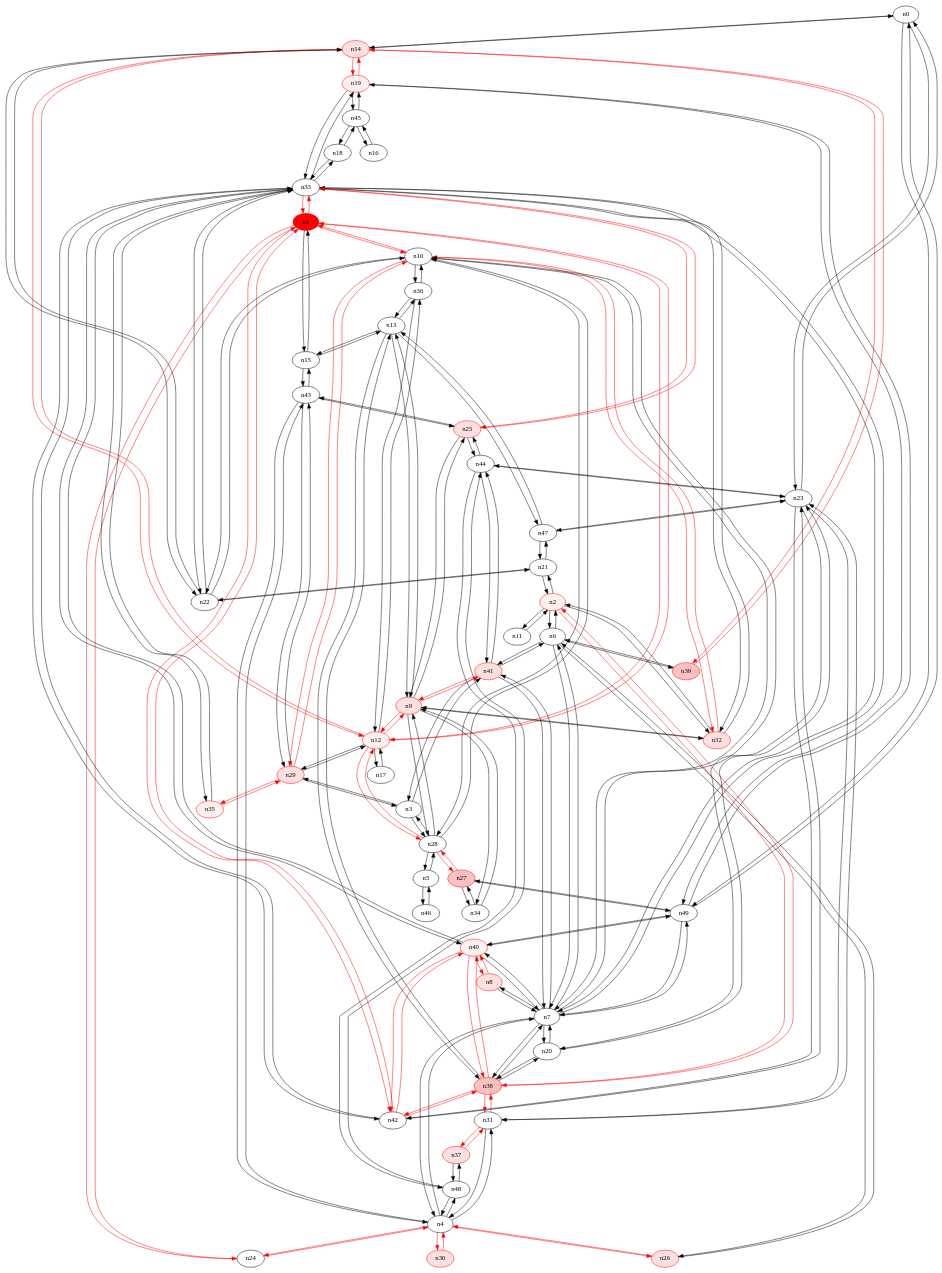
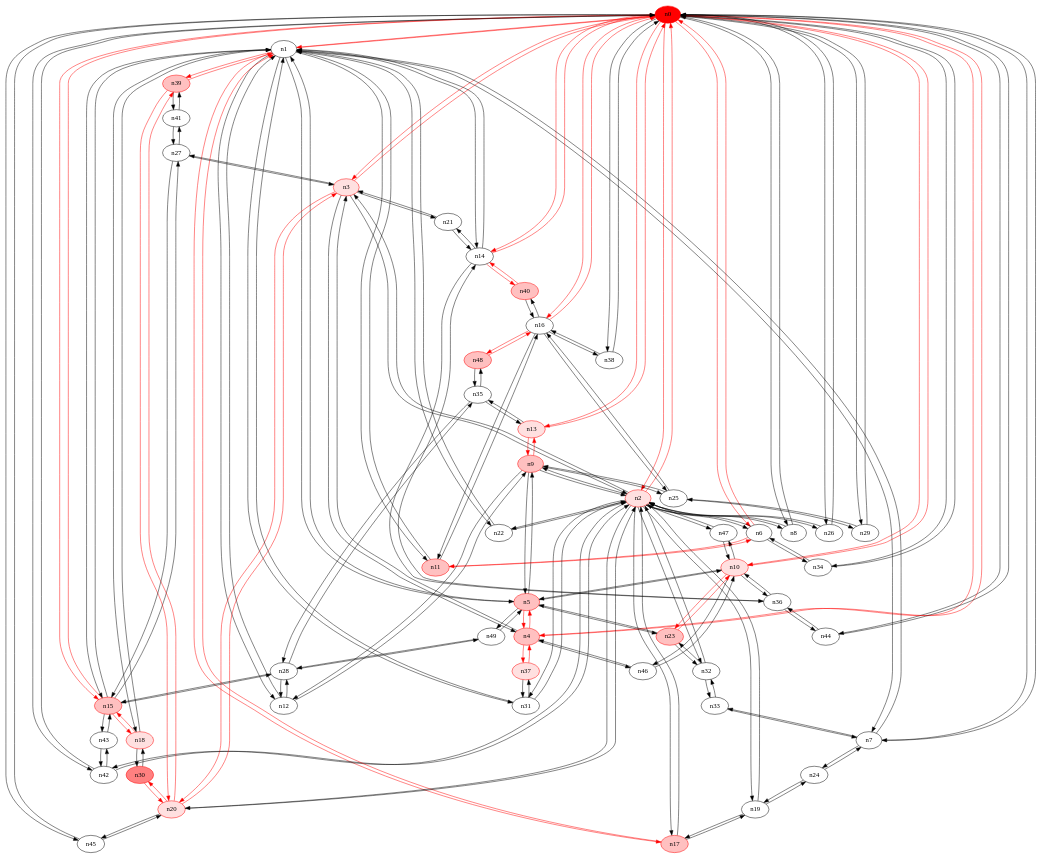
Before and after one commit to ireallyhopeirememberthis/yates_rrt: the diagram in 50_35/15-rrt1.dot, drawn with Graphviz. The commit also changed 7464 other files, not shown here.

```diff
--- a/50_35/15-rrt1.dot
+++ b/50_35/15-rrt1.dot
@@ -1,252 +1,244 @@
 strict digraph {
-n0 [type=switch];
-n14 [type=switch, color="#FF0000", style=filled, fillcolor="#FFE0E0"];
-n23 [type=switch];
+n0 [type=switch, color="#FF0000", style=filled, fillcolor="#FF0000"];
+n1 [type=switch];
+n2 [type=host, color="#FF0000", style=filled, fillcolor="#FFE0E0"];
+n3 [type=host, color="#FF0000", style=filled, fillcolor="#FFE0E0"];
+n4 [type=host, color="#FF0000", style=filled, fillcolor="#FFC0C0"];
+n6 [type=switch];
+n7 [type=switch];
+n8 [type=switch];
+n10 [type=host, color="#FF0000", style=filled, fillcolor="#FFE0E0"];
+n13 [type=host, color="#FF0000", style=filled, fillcolor="#FFE0E0"];
+n14 [type=switch];
+n15 [type=host, color="#FF0000", style=filled, fillcolor="#FFC0C0"];
+n16 [type=switch];
+n26 [type=switch];
+n29 [type=switch];
+n34 [type=switch];
+n38 [type=switch];
+n42 [type=switch];
+n44 [type=switch];
+n45 [type=switch];
+n5 [type=host, color="#FF0000", style=filled, fillcolor="#FFC0C0"];
+n11 [type=host, color="#FF0000", style=filled, fillcolor="#FFC0C0"];
+n12 [type=switch];
+n17 [type=host, color="#FF0000", style=filled, fillcolor="#FFC0C0"];
+n18 [type=host, color="#FF0000", style=filled, fillcolor="#FFE0E0"];
+n22 [type=switch];
+n31 [type=switch];
+n39 [type=switch, color="#FF0000", style=filled, fillcolor="#FFC0C0"];
+n9 [type=host, color="#FF0000", style=filled, fillcolor="#FFC0C0"];
+n19 [type=switch];
+n20 [type=host, color="#FF0000", style=filled, fillcolor="#FFE0E0"];
+n32 [type=switch];
+n47 [type=switch];
+n21 [type=switch];
+n27 [type=switch];
+n37 [type=host, color="#FF0000", style=filled, fillcolor="#FFE0E0"];
+n46 [type=switch];
+n23 [type=host, color="#FF0000", style=filled, fillcolor="#FFC0C0"];
 n49 [type=switch];
-n1 [type=switch, color="#FF0000", style=filled, fillcolor="#FF0000"];
-n10 [type=switch];
-n12 [type=host, color="#FF0000", style=filled, fillcolor="#FFF0F0"];
-n15 [type=switch];
 n24 [type=switch];
 n33 [type=switch];
-n42 [type=switch];
-n2 [type=host, color="#FF0000", style=filled, fillcolor="#FFF0F0"];
-n6 [type=switch];
-n11 [type=switch];
-n21 [type=switch];
-n32 [type=host, color="#FF0000", style=filled, fillcolor="#FFE0E0"];
-n38 [type=host, color="#FF0000", style=filled, fillcolor="#FFC0C0"];
-n3 [type=switch];
+n25 [type=switch];
+n36 [type=switch];
 n28 [type=switch];
-n29 [type=host, color="#FF0000", style=filled, fillcolor="#FFE0E0"];
-n41 [type=host, color="#FF0000", style=filled, fillcolor="#FFE0E0"];
-n4 [type=switch];
-n7 [type=switch];
-n26 [type=host, color="#FF0000", style=filled, fillcolor="#FFE0E0"];
-n30 [type=host, color="#FF0000", style=filled, fillcolor="#FFE0E0"];
-n31 [type=switch];
+n35 [type=switch];
+n40 [type=host, color="#FF0000", style=filled, fillcolor="#FFC0C0"];
 n43 [type=switch];
-n48 [type=switch];
-n5 [type=switch];
-n46 [type=switch];
-n39 [type=host, color="#FF0000", style=filled, fillcolor="#FFC0C0"];
-n8 [type=host, color="#FF0000", style=filled, fillcolor="#FFE0E0"];
-n20 [type=switch];
-n40 [type=host, color="#FF0000", style=filled, fillcolor="#FFF0F0"];
-n9 [type=host, color="#FF0000", style=filled, fillcolor="#FFE0E0"];
-n13 [type=switch];
-n25 [type=host, color="#FF0000", style=filled, fillcolor="#FFE0E0"];
-n34 [type=switch];
-n22 [type=switch];
-n36 [type=switch];
-n17 [type=switch];
-n47 [type=switch];
-n19 [type=host, color="#FF0000", style=filled, fillcolor="#FFF0F0"];
-n16 [type=switch];
-n45 [type=switch];
-n18 [type=switch];
-n44 [type=switch];
-n27 [type=host, color="#FF0000", style=filled, fillcolor="#FFC0C0"];
-n35 [type=host, color="#FF0000", style=filled, fillcolor="#FFF0F0"];
-n37 [type=host, color="#FF0000", style=filled, fillcolor="#FFE0E0"];
-n0 -> n14 [src_port=0, dst_port=0];
-n0 -> n23 [src_port=0, dst_port=0];
-n0 -> n49 [src_port=0, dst_port=0];
-n14 -> n0 [src_port=0, dst_port=0];
-n14 -> n12 [src_port=0, dst_port=0, color="#FF0000"];
-n14 -> n39 [src_port=0, dst_port=0, color="#FF0000"];
-n14 -> n22 [src_port=0, dst_port=0];
-n14 -> n19 [src_port=0, dst_port=0, color="#FF0000"];
-n23 -> n0 [src_port=0, dst_port=0];
-n23 -> n42 [src_port=0, dst_port=0];
-n23 -> n31 [src_port=0, dst_port=0];
-n23 -> n20 [src_port=0, dst_port=0];
-n23 -> n47 [src_port=0, dst_port=0];
-n23 -> n44 [src_port=0, dst_port=0];
-n49 -> n0 [src_port=0, dst_port=0];
-n49 -> n7 [src_port=0, dst_port=0];
-n49 -> n40 [src_port=0, dst_port=0];
-n49 -> n19 [src_port=0, dst_port=0];
-n49 -> n27 [src_port=0, dst_port=0];
-n1 -> n10 [src_port=0, dst_port=0, color="#FF0000"];
-n1 -> n12 [src_port=0, dst_port=0, color="#FF0000"];
+n48 [type=host, color="#FF0000", style=filled, fillcolor="#FFC0C0"];
+n30 [type=host, color="#FF0000", style=filled, fillcolor="#FF8080"];
+n41 [type=switch];
+n0 -> n1 [src_port=0, dst_port=0, color="#FF0000"];
+n0 -> n2 [src_port=0, dst_port=0, color="#FF0000"];
+n0 -> n3 [src_port=0, dst_port=0, color="#FF0000"];
+n0 -> n4 [src_port=0, dst_port=0, color="#FF0000"];
+n0 -> n6 [src_port=0, dst_port=0, color="#FF0000"];
+n0 -> n7 [src_port=0, dst_port=0];
+n0 -> n8 [src_port=0, dst_port=0];
+n0 -> n10 [src_port=0, dst_port=0, color="#FF0000"];
+n0 -> n13 [src_port=0, dst_port=0, color="#FF0000"];
+n0 -> n14 [src_port=0, dst_port=0, color="#FF0000"];
+n0 -> n15 [src_port=0, dst_port=0, color="#FF0000"];
+n0 -> n16 [src_port=0, dst_port=0, color="#FF0000"];
+n0 -> n26 [src_port=0, dst_port=0];
+n0 -> n29 [src_port=0, dst_port=0];
+n0 -> n34 [src_port=0, dst_port=0];
+n0 -> n38 [src_port=0, dst_port=0];
+n0 -> n42 [src_port=0, dst_port=0];
+n0 -> n44 [src_port=0, dst_port=0];
+n0 -> n45 [src_port=0, dst_port=0];
+n1 -> n0 [src_port=0, dst_port=0, color="#FF0000"];
+n1 -> n7 [src_port=0, dst_port=0];
+n1 -> n14 [src_port=0, dst_port=0];
 n1 -> n15 [src_port=0, dst_port=0];
-n1 -> n24 [src_port=0, dst_port=0, color="#FF0000"];
-n1 -> n33 [src_port=0, dst_port=0, color="#FF0000"];
-n1 -> n42 [src_port=0, dst_port=0, color="#FF0000"];
-n10 -> n1 [src_port=0, dst_port=0, color="#FF0000"];
-n10 -> n32 [src_port=0, dst_port=0, color="#FF0000"];
-n10 -> n28 [src_port=0, dst_port=0];
-n10 -> n29 [src_port=0, dst_port=0, color="#FF0000"];
-n10 -> n7 [src_port=0, dst_port=0];
-n10 -> n22 [src_port=0, dst_port=0];
+n1 -> n5 [src_port=0, dst_port=0];
+n1 -> n11 [src_port=0, dst_port=0];
+n1 -> n12 [src_port=0, dst_port=0];
+n1 -> n17 [src_port=0, dst_port=0, color="#FF0000"];
+n1 -> n18 [src_port=0, dst_port=0];
+n1 -> n22 [src_port=0, dst_port=0];
+n1 -> n31 [src_port=0, dst_port=0];
+n1 -> n39 [src_port=0, dst_port=0, color="#FF0000"];
+n2 -> n0 [src_port=0, dst_port=0, color="#FF0000"];
+n2 -> n3 [src_port=0, dst_port=0];
+n2 -> n6 [src_port=0, dst_port=0];
+n2 -> n8 [src_port=0, dst_port=0];
+n2 -> n26 [src_port=0, dst_port=0];
+n2 -> n42 [src_port=0, dst_port=0];
+n2 -> n17 [src_port=0, dst_port=0];
+n2 -> n22 [src_port=0, dst_port=0];
+n2 -> n31 [src_port=0, dst_port=0];
+n2 -> n9 [src_port=0, dst_port=0];
+n2 -> n19 [src_port=0, dst_port=0];
+n2 -> n20 [src_port=0, dst_port=0];
+n2 -> n32 [src_port=0, dst_port=0];
+n2 -> n47 [src_port=0, dst_port=0];
+n3 -> n0 [src_port=0, dst_port=0, color="#FF0000"];
+n3 -> n2 [src_port=0, dst_port=0];
+n3 -> n4 [src_port=0, dst_port=0];
+n3 -> n20 [src_port=0, dst_port=0, color="#FF0000"];
+n3 -> n21 [src_port=0, dst_port=0];
+n3 -> n27 [src_port=0, dst_port=0];
+n4 -> n0 [src_port=0, dst_port=0, color="#FF0000"];
+n4 -> n3 [src_port=0, dst_port=0];
+n4 -> n5 [src_port=0, dst_port=0, color="#FF0000"];
+n4 -> n37 [src_port=0, dst_port=0, color="#FF0000"];
+n4 -> n46 [src_port=0, dst_port=0];
+n6 -> n0 [src_port=0, dst_port=0, color="#FF0000"];
+n6 -> n2 [src_port=0, dst_port=0];
+n6 -> n34 [src_port=0, dst_port=0];
+n6 -> n11 [src_port=0, dst_port=0, color="#FF0000"];
+n7 -> n0 [src_port=0, dst_port=0];
+n7 -> n1 [src_port=0, dst_port=0];
+n7 -> n24 [src_port=0, dst_port=0];
+n7 -> n33 [src_port=0, dst_port=0];
+n8 -> n0 [src_port=0, dst_port=0];
+n8 -> n2 [src_port=0, dst_port=0];
+n10 -> n0 [src_port=0, dst_port=0, color="#FF0000"];
+n10 -> n5 [src_port=0, dst_port=0];
+n10 -> n47 [src_port=0, dst_port=0];
+n10 -> n46 [src_port=0, dst_port=0];
+n10 -> n23 [src_port=0, dst_port=0, color="#FF0000"];
 n10 -> n36 [src_port=0, dst_port=0];
-n12 -> n14 [src_port=0, dst_port=0, color="#FF0000"];
-n12 -> n1 [src_port=0, dst_port=0, color="#FF0000"];
-n12 -> n28 [src_port=0, dst_port=0, color="#FF0000"];
-n12 -> n29 [src_port=0, dst_port=0];
-n12 -> n9 [src_port=0, dst_port=0, color="#FF0000"];
-n12 -> n36 [src_port=0, dst_port=0];
-n12 -> n17 [src_port=0, dst_port=0];
+n13 -> n0 [src_port=0, dst_port=0, color="#FF0000"];
+n13 -> n9 [src_port=0, dst_port=0, color="#FF0000"];
+n13 -> n35 [src_port=0, dst_port=0];
+n14 -> n0 [src_port=0, dst_port=0, color="#FF0000"];
+n14 -> n1 [src_port=0, dst_port=0];
+n14 -> n21 [src_port=0, dst_port=0];
+n14 -> n36 [src_port=0, dst_port=0];
+n14 -> n40 [src_port=0, dst_port=0, color="#FF0000"];
+n15 -> n0 [src_port=0, dst_port=0, color="#FF0000"];
 n15 -> n1 [src_port=0, dst_port=0];
+n15 -> n18 [src_port=0, dst_port=0, color="#FF0000"];
+n15 -> n27 [src_port=0, dst_port=0];
+n15 -> n28 [src_port=0, dst_port=0];
 n15 -> n43 [src_port=0, dst_port=0];
-n15 -> n13 [src_port=0, dst_port=0];
-n24 -> n1 [src_port=0, dst_port=0, color="#FF0000"];
-n24 -> n4 [src_port=0, dst_port=0, color="#FF0000"];
-n33 -> n1 [src_port=0, dst_port=0, color="#FF0000"];
-n33 -> n42 [src_port=0, dst_port=0];
+n16 -> n0 [src_port=0, dst_port=0, color="#FF0000"];
+n16 -> n38 [src_port=0, dst_port=0];
+n16 -> n11 [src_port=0, dst_port=0];
+n16 -> n25 [src_port=0, dst_port=0];
+n16 -> n40 [src_port=0, dst_port=0];
+n16 -> n48 [src_port=0, dst_port=0, color="#FF0000"];
+n26 -> n0 [src_port=0, dst_port=0];
+n26 -> n2 [src_port=0, dst_port=0];
+n29 -> n0 [src_port=0, dst_port=0];
+n29 -> n25 [src_port=0, dst_port=0];
+n34 -> n0 [src_port=0, dst_port=0];
+n34 -> n6 [src_port=0, dst_port=0];
+n38 -> n0 [src_port=0, dst_port=0];
+n38 -> n16 [src_port=0, dst_port=0];
+n42 -> n0 [src_port=0, dst_port=0];
+n42 -> n2 [src_port=0, dst_port=0];
+n42 -> n43 [src_port=0, dst_port=0];
+n44 -> n0 [src_port=0, dst_port=0];
+n44 -> n36 [src_port=0, dst_port=0];
+n45 -> n0 [src_port=0, dst_port=0];
+n45 -> n20 [src_port=0, dst_port=0];
+n5 -> n1 [src_port=0, dst_port=0];
+n5 -> n4 [src_port=0, dst_port=0, color="#FF0000"];
+n5 -> n10 [src_port=0, dst_port=0];
+n5 -> n9 [src_port=0, dst_port=0];
+n5 -> n23 [src_port=0, dst_port=0];
+n5 -> n49 [src_port=0, dst_port=0];
+n11 -> n1 [src_port=0, dst_port=0];
+n11 -> n6 [src_port=0, dst_port=0, color="#FF0000"];
+n11 -> n16 [src_port=0, dst_port=0];
+n12 -> n1 [src_port=0, dst_port=0];
+n12 -> n9 [src_port=0, dst_port=0];
+n12 -> n28 [src_port=0, dst_port=0];
+n17 -> n1 [src_port=0, dst_port=0, color="#FF0000"];
+n17 -> n2 [src_port=0, dst_port=0];
+n17 -> n19 [src_port=0, dst_port=0];
+n18 -> n1 [src_port=0, dst_port=0];
+n18 -> n15 [src_port=0, dst_port=0, color="#FF0000"];
+n18 -> n30 [src_port=0, dst_port=0];
+n22 -> n1 [src_port=0, dst_port=0];
+n22 -> n2 [src_port=0, dst_port=0];
+n31 -> n1 [src_port=0, dst_port=0];
+n31 -> n2 [src_port=0, dst_port=0];
+n31 -> n37 [src_port=0, dst_port=0];
+n39 -> n1 [src_port=0, dst_port=0, color="#FF0000"];
+n39 -> n20 [src_port=0, dst_port=0, color="#FF0000"];
+n39 -> n41 [src_port=0, dst_port=0];
+n9 -> n2 [src_port=0, dst_port=0];
+n9 -> n13 [src_port=0, dst_port=0, color="#FF0000"];
+n9 -> n5 [src_port=0, dst_port=0];
+n9 -> n12 [src_port=0, dst_port=0];
+n9 -> n25 [src_port=0, dst_port=0];
+n19 -> n2 [src_port=0, dst_port=0];
+n19 -> n17 [src_port=0, dst_port=0];
+n19 -> n24 [src_port=0, dst_port=0];
+n20 -> n2 [src_port=0, dst_port=0];
+n20 -> n3 [src_port=0, dst_port=0, color="#FF0000"];
+n20 -> n45 [src_port=0, dst_port=0];
+n20 -> n39 [src_port=0, dst_port=0, color="#FF0000"];
+n20 -> n30 [src_port=0, dst_port=0, color="#FF0000"];
+n32 -> n2 [src_port=0, dst_port=0];
+n32 -> n23 [src_port=0, dst_port=0];
+n32 -> n33 [src_port=0, dst_port=0];
+n47 -> n2 [src_port=0, dst_port=0];
+n47 -> n10 [src_port=0, dst_port=0];
+n21 -> n3 [src_port=0, dst_port=0];
+n21 -> n14 [src_port=0, dst_port=0];
+n27 -> n3 [src_port=0, dst_port=0];
+n27 -> n15 [src_port=0, dst_port=0];
+n27 -> n41 [src_port=0, dst_port=0];
+n37 -> n4 [src_port=0, dst_port=0, color="#FF0000"];
+n37 -> n31 [src_port=0, dst_port=0];
+n46 -> n4 [src_port=0, dst_port=0];
+n46 -> n10 [src_port=0, dst_port=0];
+n23 -> n10 [src_port=0, dst_port=0, color="#FF0000"];
+n23 -> n5 [src_port=0, dst_port=0];
+n23 -> n32 [src_port=0, dst_port=0];
+n49 -> n5 [src_port=0, dst_port=0];
+n49 -> n28 [src_port=0, dst_port=0];
+n24 -> n7 [src_port=0, dst_port=0];
+n24 -> n19 [src_port=0, dst_port=0];
+n33 -> n7 [src_port=0, dst_port=0];
 n33 -> n32 [src_port=0, dst_port=0];
-n33 -> n7 [src_port=0, dst_port=0];
-n33 -> n40 [src_port=0, dst_port=0];
-n33 -> n25 [src_port=0, dst_port=0, color="#FF0000"];
-n33 -> n22 [src_port=0, dst_port=0];
-n33 -> n19 [src_port=0, dst_port=0];
-n33 -> n18 [src_port=0, dst_port=0];
-n33 -> n35 [src_port=0, dst_port=0];
-n42 -> n23 [src_port=0, dst_port=0];
-n42 -> n1 [src_port=0, dst_port=0, color="#FF0000"];
-n42 -> n33 [src_port=0, dst_port=0];
-n42 -> n38 [src_port=0, dst_port=0, color="#FF0000"];
-n42 -> n40 [src_port=0, dst_port=0, color="#FF0000"];
-n2 -> n6 [src_port=0, dst_port=0];
-n2 -> n11 [src_port=0, dst_port=0];
-n2 -> n21 [src_port=0, dst_port=0];
-n2 -> n32 [src_port=0, dst_port=0];
-n2 -> n38 [src_port=0, dst_port=0, color="#FF0000"];
-n6 -> n2 [src_port=0, dst_port=0];
-n6 -> n41 [src_port=0, dst_port=0];
-n6 -> n7 [src_port=0, dst_port=0];
-n6 -> n26 [src_port=0, dst_port=0];
-n6 -> n39 [src_port=0, dst_port=0];
-n11 -> n2 [src_port=0, dst_port=0];
-n21 -> n2 [src_port=0, dst_port=0];
-n21 -> n22 [src_port=0, dst_port=0];
-n21 -> n47 [src_port=0, dst_port=0];
-n32 -> n10 [src_port=0, dst_port=0, color="#FF0000"];
-n32 -> n33 [src_port=0, dst_port=0];
-n32 -> n2 [src_port=0, dst_port=0];
-n32 -> n9 [src_port=0, dst_port=0];
-n38 -> n42 [src_port=0, dst_port=0, color="#FF0000"];
-n38 -> n2 [src_port=0, dst_port=0, color="#FF0000"];
-n38 -> n7 [src_port=0, dst_port=0];
-n38 -> n31 [src_port=0, dst_port=0, color="#FF0000"];
-n38 -> n20 [src_port=0, dst_port=0];
-n38 -> n40 [src_port=0, dst_port=0, color="#FF0000"];
-n38 -> n13 [src_port=0, dst_port=0];
-n3 -> n28 [src_port=0, dst_port=0];
-n3 -> n29 [src_port=0, dst_port=0];
-n3 -> n41 [src_port=0, dst_port=0];
-n28 -> n10 [src_port=0, dst_port=0];
-n28 -> n12 [src_port=0, dst_port=0, color="#FF0000"];
-n28 -> n3 [src_port=0, dst_port=0];
-n28 -> n5 [src_port=0, dst_port=0];
-n28 -> n9 [src_port=0, dst_port=0];
-n28 -> n27 [src_port=0, dst_port=0, color="#FF0000"];
-n29 -> n10 [src_port=0, dst_port=0, color="#FF0000"];
-n29 -> n12 [src_port=0, dst_port=0];
-n29 -> n3 [src_port=0, dst_port=0];
-n29 -> n43 [src_port=0, dst_port=0];
-n29 -> n35 [src_port=0, dst_port=0, color="#FF0000"];
-n41 -> n6 [src_port=0, dst_port=0];
-n41 -> n3 [src_port=0, dst_port=0];
-n41 -> n7 [src_port=0, dst_port=0];
-n41 -> n9 [src_port=0, dst_port=0, color="#FF0000"];
-n41 -> n44 [src_port=0, dst_port=0];
-n4 -> n24 [src_port=0, dst_port=0, color="#FF0000"];
-n4 -> n7 [src_port=0, dst_port=0];
-n4 -> n26 [src_port=0, dst_port=0, color="#FF0000"];
-n4 -> n30 [src_port=0, dst_port=0, color="#FF0000"];
-n4 -> n31 [src_port=0, dst_port=0];
-n4 -> n43 [src_port=0, dst_port=0];
-n4 -> n48 [src_port=0, dst_port=0];
-n7 -> n49 [src_port=0, dst_port=0];
-n7 -> n10 [src_port=0, dst_port=0];
-n7 -> n33 [src_port=0, dst_port=0];
-n7 -> n6 [src_port=0, dst_port=0];
-n7 -> n38 [src_port=0, dst_port=0];
-n7 -> n41 [src_port=0, dst_port=0];
-n7 -> n4 [src_port=0, dst_port=0];
-n7 -> n8 [src_port=0, dst_port=0];
-n7 -> n20 [src_port=0, dst_port=0];
-n7 -> n40 [src_port=0, dst_port=0];
-n26 -> n6 [src_port=0, dst_port=0];
-n26 -> n4 [src_port=0, dst_port=0, color="#FF0000"];
-n30 -> n4 [src_port=0, dst_port=0, color="#FF0000"];
-n31 -> n23 [src_port=0, dst_port=0];
-n31 -> n38 [src_port=0, dst_port=0, color="#FF0000"];
-n31 -> n4 [src_port=0, dst_port=0];
-n31 -> n37 [src_port=0, dst_port=0, color="#FF0000"];
+n25 -> n16 [src_port=0, dst_port=0];
+n25 -> n29 [src_port=0, dst_port=0];
+n25 -> n9 [src_port=0, dst_port=0];
+n36 -> n10 [src_port=0, dst_port=0];
+n36 -> n14 [src_port=0, dst_port=0];
+n36 -> n44 [src_port=0, dst_port=0];
+n28 -> n15 [src_port=0, dst_port=0];
+n28 -> n12 [src_port=0, dst_port=0];
+n28 -> n49 [src_port=0, dst_port=0];
+n28 -> n35 [src_port=0, dst_port=0];
+n35 -> n13 [src_port=0, dst_port=0];
+n35 -> n28 [src_port=0, dst_port=0];
+n35 -> n48 [src_port=0, dst_port=0];
+n40 -> n14 [src_port=0, dst_port=0, color="#FF0000"];
+n40 -> n16 [src_port=0, dst_port=0];
 n43 -> n15 [src_port=0, dst_port=0];
-n43 -> n29 [src_port=0, dst_port=0];
-n43 -> n4 [src_port=0, dst_port=0];
-n43 -> n25 [src_port=0, dst_port=0];
-n48 -> n4 [src_port=0, dst_port=0];
-n48 -> n44 [src_port=0, dst_port=0];
-n48 -> n37 [src_port=0, dst_port=0];
-n5 -> n28 [src_port=0, dst_port=0];
-n5 -> n46 [src_port=0, dst_port=0];
-n46 -> n5 [src_port=0, dst_port=0];
-n39 -> n14 [src_port=0, dst_port=0, color="#FF0000"];
-n39 -> n6 [src_port=0, dst_port=0];
-n8 -> n7 [src_port=0, dst_port=0];
-n8 -> n40 [src_port=0, dst_port=0, color="#FF0000"];
-n20 -> n23 [src_port=0, dst_port=0];
-n20 -> n38 [src_port=0, dst_port=0];
-n20 -> n7 [src_port=0, dst_port=0];
-n40 -> n49 [src_port=0, dst_port=0];
-n40 -> n33 [src_port=0, dst_port=0];
-n40 -> n42 [src_port=0, dst_port=0, color="#FF0000"];
-n40 -> n38 [src_port=0, dst_port=0, color="#FF0000"];
-n40 -> n7 [src_port=0, dst_port=0];
-n40 -> n8 [src_port=0, dst_port=0, color="#FF0000"];
-n9 -> n12 [src_port=0, dst_port=0, color="#FF0000"];
-n9 -> n32 [src_port=0, dst_port=0];
-n9 -> n28 [src_port=0, dst_port=0];
-n9 -> n41 [src_port=0, dst_port=0, color="#FF0000"];
-n9 -> n13 [src_port=0, dst_port=0];
-n9 -> n25 [src_port=0, dst_port=0];
-n9 -> n34 [src_port=0, dst_port=0];
-n13 -> n15 [src_port=0, dst_port=0];
-n13 -> n38 [src_port=0, dst_port=0];
-n13 -> n9 [src_port=0, dst_port=0];
-n13 -> n36 [src_port=0, dst_port=0];
-n13 -> n47 [src_port=0, dst_port=0];
-n25 -> n33 [src_port=0, dst_port=0, color="#FF0000"];
-n25 -> n43 [src_port=0, dst_port=0];
-n25 -> n9 [src_port=0, dst_port=0];
-n25 -> n44 [src_port=0, dst_port=0];
-n34 -> n9 [src_port=0, dst_port=0];
-n34 -> n27 [src_port=0, dst_port=0];
-n22 -> n14 [src_port=0, dst_port=0];
-n22 -> n10 [src_port=0, dst_port=0];
-n22 -> n33 [src_port=0, dst_port=0];
-n22 -> n21 [src_port=0, dst_port=0];
-n36 -> n10 [src_port=0, dst_port=0];
-n36 -> n12 [src_port=0, dst_port=0];
-n36 -> n13 [src_port=0, dst_port=0];
-n17 -> n12 [src_port=0, dst_port=0];
-n47 -> n23 [src_port=0, dst_port=0];
-n47 -> n21 [src_port=0, dst_port=0];
-n47 -> n13 [src_port=0, dst_port=0];
-n19 -> n14 [src_port=0, dst_port=0, color="#FF0000"];
-n19 -> n49 [src_port=0, dst_port=0];
-n19 -> n33 [src_port=0, dst_port=0];
-n19 -> n45 [src_port=0, dst_port=0];
-n16 -> n45 [src_port=0, dst_port=0];
-n45 -> n19 [src_port=0, dst_port=0];
-n45 -> n16 [src_port=0, dst_port=0];
-n45 -> n18 [src_port=0, dst_port=0];
-n18 -> n33 [src_port=0, dst_port=0];
-n18 -> n45 [src_port=0, dst_port=0];
-n44 -> n23 [src_port=0, dst_port=0];
-n44 -> n41 [src_port=0, dst_port=0];
-n44 -> n48 [src_port=0, dst_port=0];
-n44 -> n25 [src_port=0, dst_port=0];
-n27 -> n49 [src_port=0, dst_port=0];
-n27 -> n28 [src_port=0, dst_port=0, color="#FF0000"];
-n27 -> n34 [src_port=0, dst_port=0];
-n35 -> n33 [src_port=0, dst_port=0];
-n35 -> n29 [src_port=0, dst_port=0, color="#FF0000"];
-n37 -> n31 [src_port=0, dst_port=0, color="#FF0000"];
-n37 -> n48 [src_port=0, dst_port=0];
+n43 -> n42 [src_port=0, dst_port=0];
+n48 -> n16 [src_port=0, dst_port=0, color="#FF0000"];
+n48 -> n35 [src_port=0, dst_port=0];
+n30 -> n18 [src_port=0, dst_port=0];
+n30 -> n20 [src_port=0, dst_port=0, color="#FF0000"];
+n41 -> n39 [src_port=0, dst_port=0];
+n41 -> n27 [src_port=0, dst_port=0];
 }
```
